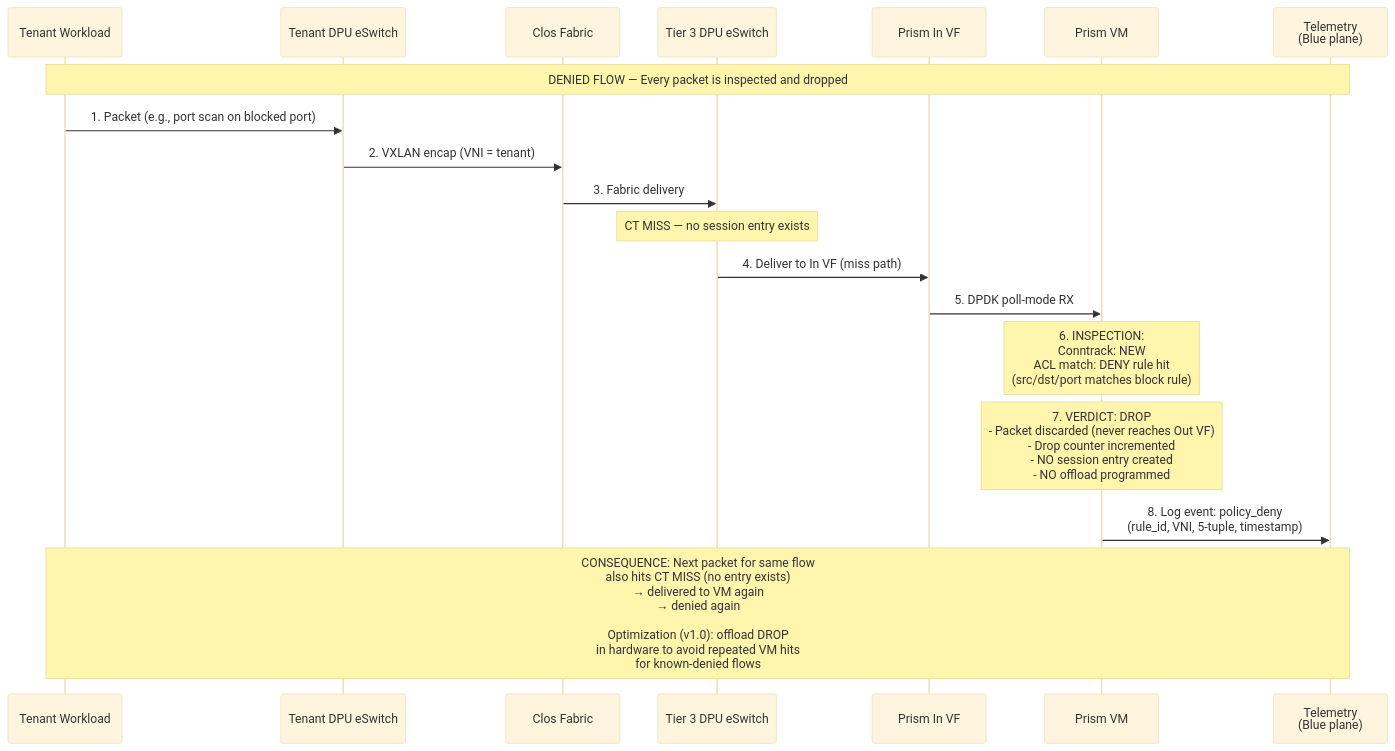
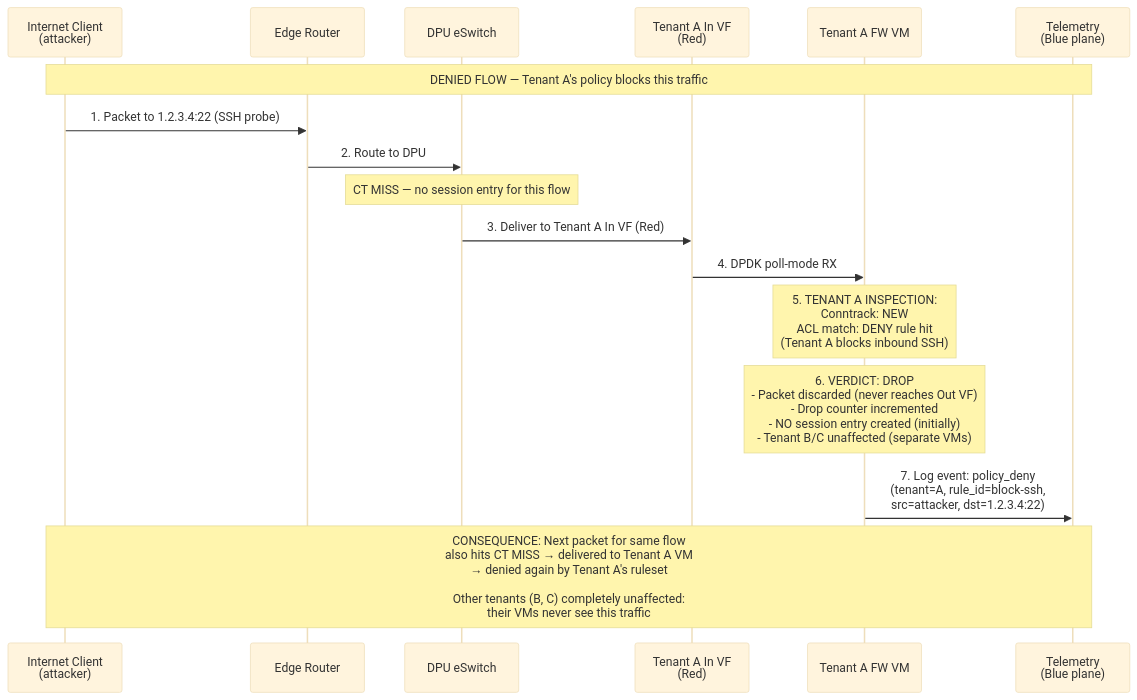
One commit to mara-baysn/technicolor-haze-prism changed the fourth of 11 diagrams in docs/ARCHITECTURE.md. Above: the diagram before and after it, drawn with Mermaid (base theme). The commit also changed other lines of this file, not shown here.

First line of the commit message:
docs: rewrite ARCHITECTURE.md — all sections now per-tenant VM model

````diff
--- a/docs/ARCHITECTURE.md
+++ b/docs/ARCHITECTURE.md
@@ -214,27 +248,25 @@
 ```mermaid
 sequenceDiagram
-    participant TW as Tenant Workload
-    participant TDPU as Tenant DPU eSwitch
-    participant FAB as Clos Fabric
-    participant T3ESW as Tier 3 DPU eSwitch
-    participant INV as Prism In VF
-    participant VM as Prism VM
+    participant INT as Internet Client<br/>(attacker)
+    participant EDGE as Edge Router
+    participant ESW as DPU eSwitch
+    participant INV as Tenant A In VF<br/>(Red)
+    participant VM as Tenant A FW VM
     participant LOG as Telemetry<br/>(Blue plane)
 
-    Note over TW,LOG: DENIED FLOW — Every packet is inspected and dropped
+    Note over INT,LOG: DENIED FLOW — Tenant A's policy blocks this traffic
 
-    TW->>TDPU: 1. Packet (e.g., port scan on blocked port)
-    TDPU->>FAB: 2. VXLAN encap (VNI = tenant)
-    FAB->>T3ESW: 3. Fabric delivery
-    Note over T3ESW: CT MISS — no session entry exists
-    T3ESW->>INV: 4. Deliver to In VF (miss path)
-    INV->>VM: 5. DPDK poll-mode RX
+    INT->>EDGE: 1. Packet to 1.2.3.4:22 (SSH probe)
+    EDGE->>ESW: 2. Route to DPU
+    Note over ESW: CT MISS — no session entry for this flow
+    ESW->>INV: 3. Deliver to Tenant A In VF (Red)
+    INV->>VM: 4. DPDK poll-mode RX
 
-    Note over VM: 6. INSPECTION:<br/>Conntrack: NEW<br/>ACL match: DENY rule hit<br/>(src/dst/port matches block rule)
+    Note over VM: 5. TENANT A INSPECTION:<br/>Conntrack: NEW<br/>ACL match: DENY rule hit<br/>(Tenant A blocks inbound SSH)
 
-    Note over VM: 7. VERDICT: DROP<br/>- Packet discarded (never reaches Out VF)<br/>- Drop counter incremented<br/>- NO session entry created<br/>- NO offload programmed
+    Note over VM: 6. VERDICT: DROP<br/>- Packet discarded (never reaches Out VF)<br/>- Drop counter incremented<br/>- NO session entry created (initially)<br/>- Tenant B/C unaffected (separate VMs)
 
-    VM->>LOG: 8. Log event: policy_deny<br/>(rule_id, VNI, 5-tuple, timestamp)
+    VM->>LOG: 7. Log event: policy_deny<br/>(tenant=A, rule_id=block-ssh,<br/> src=attacker, dst=1.2.3.4:22)
 
-    Note over TW,LOG: CONSEQUENCE: Next packet for same flow<br/>also hits CT MISS (no entry exists)<br/>→ delivered to VM again<br/>→ denied again<br/><br/>Optimization (v1.0): offload DROP<br/>in hardware to avoid repeated VM hits<br/>for known-denied flows
+    Note over INT,LOG: CONSEQUENCE: Next packet for same flow<br/>also hits CT MISS → delivered to Tenant A VM<br/>→ denied again by Tenant A's ruleset<br/><br/>Other tenants (B, C) completely unaffected:<br/>their VMs never see this traffic
 ```
````
